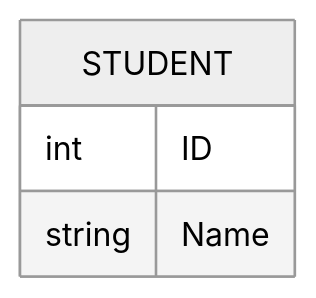
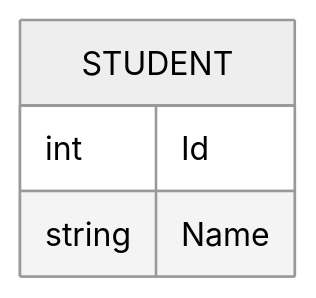
One commit to vikas-movva/Obsidian changed the diagram in School/CP363 Database I/Lecture 1.md. Above: the diagram before and after it, drawn with Mermaid (neutral theme). The commit also changed 5 other files, not shown here.

````diff
--- a/School/CP363 Database I/Lecture 1.md
+++ b/School/CP363 Database I/Lecture 1.md
@@ -15,7 +15,7 @@
 ```mermaid
 erDiagram
 	STUDENT{
-	int ID
+	int Id
 	string Name
 	}
 ```
````
